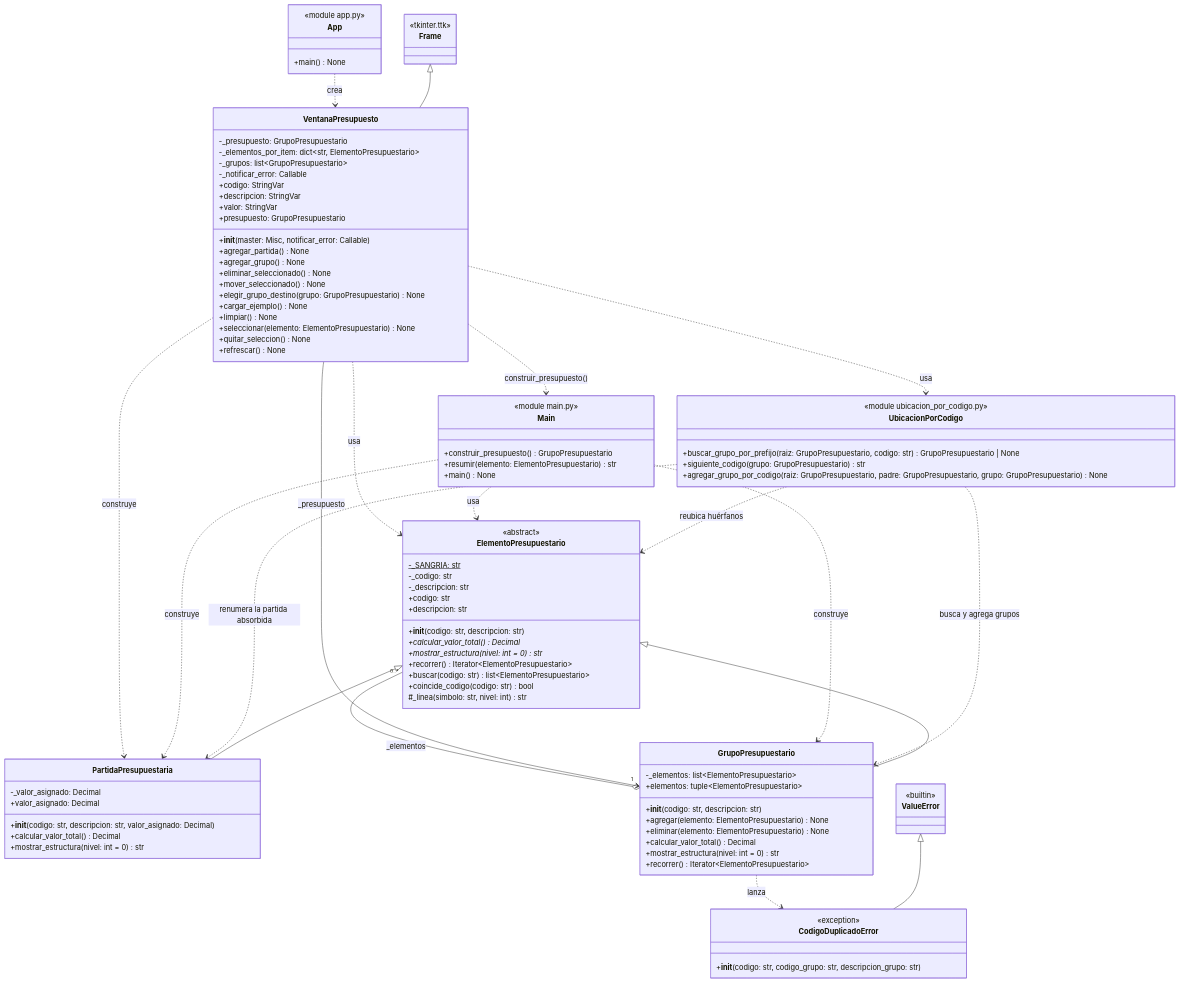
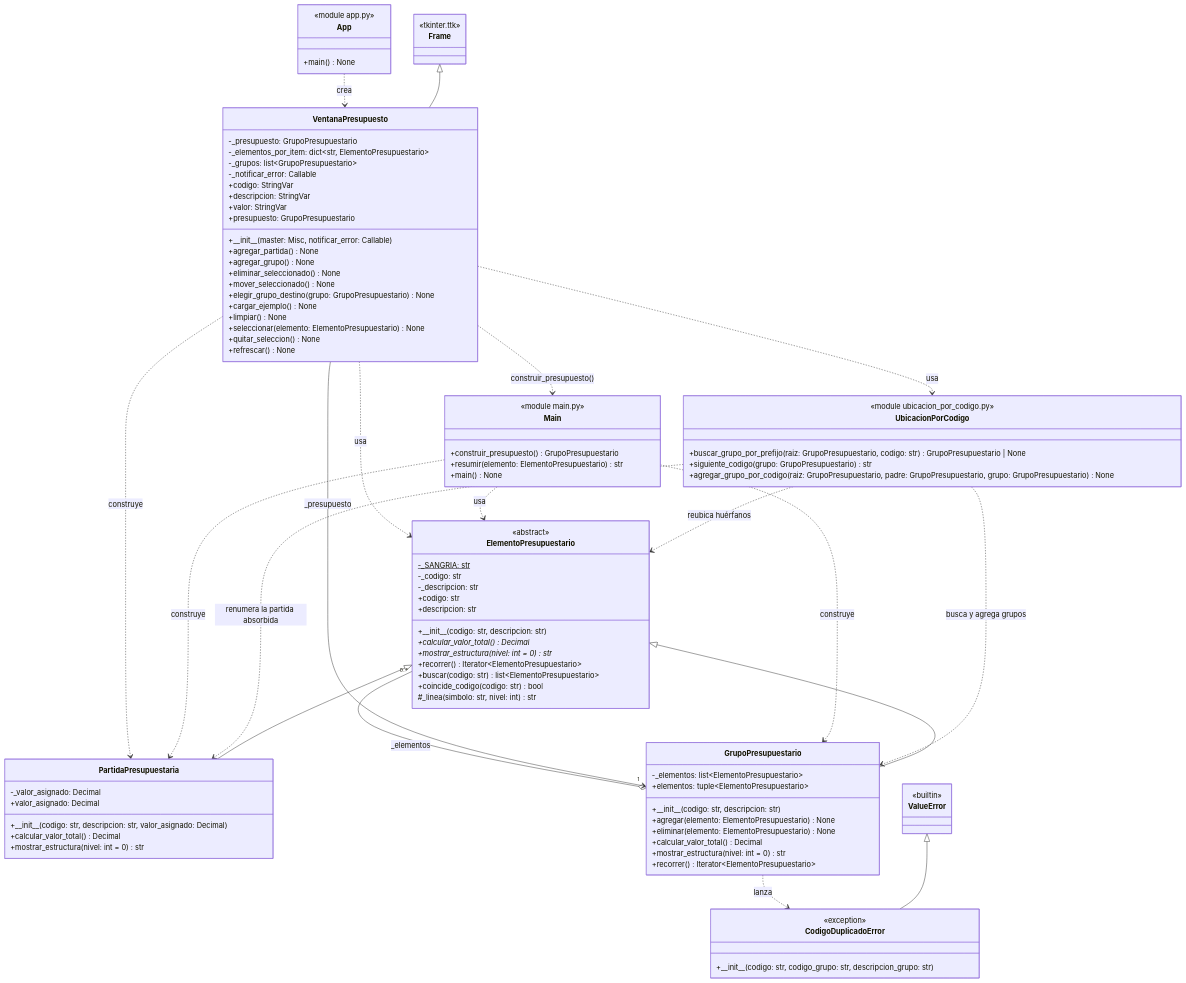
The second of 3 diagrams in Escenario_1_Composite/diagrama.md (NightMare2210/PDS_Actividad_02), drawn with Mermaid before and after one commit. The commit also changed other lines of this file and 4 other files, not shown here.

Commit message:
docs(escenario-1): add PDF material, diagram images and core pattern view

```diff
--- a/Escenario_1_Composite/diagrama.md
+++ b/Escenario_1_Composite/diagrama.md
@@ -16,7 +71,7 @@
         -_SANGRIA: str$
         -_codigo: str
         -_descripcion: str
-        +__init__(codigo: str, descripcion: str)
+        +#95;#95;init#95;#95;(codigo: str, descripcion: str)
         +codigo: str
         +descripcion: str
         +calcular_valor_total()* Decimal
@@ -29,7 +84,7 @@
 
     class PartidaPresupuestaria {
         -_valor_asignado: Decimal
-        +__init__(codigo: str, descripcion: str, valor_asignado: Decimal)
+        +#95;#95;init#95;#95;(codigo: str, descripcion: str, valor_asignado: Decimal)
         +valor_asignado: Decimal
         +calcular_valor_total() Decimal
         +mostrar_estructura(nivel: int = 0) str
@@ -37,7 +92,7 @@
 
     class GrupoPresupuestario {
         -_elementos: list~ElementoPresupuestario~
-        +__init__(codigo: str, descripcion: str)
+        +#95;#95;init#95;#95;(codigo: str, descripcion: str)
         +elementos: tuple~ElementoPresupuestario~
         +agregar(elemento: ElementoPresupuestario) None
         +eliminar(elemento: ElementoPresupuestario) None
@@ -55,7 +110,7 @@
 
     class CodigoDuplicadoError {
         <<exception>>
-        +__init__(codigo: str, codigo_grupo: str, descripcion_grupo: str)
+        +#95;#95;init#95;#95;(codigo: str, codigo_grupo: str, descripcion_grupo: str)
     }
 
     class ValueError {
@@ -70,7 +125,7 @@
         +codigo: StringVar
         +descripcion: StringVar
         +valor: StringVar
-        +__init__(master: Misc, notificar_error: Callable)
+        +#95;#95;init#95;#95;(master: Misc, notificar_error: Callable)
         +presupuesto: GrupoPresupuestario
         +agregar_partida() None
         +agregar_grupo() None
```
